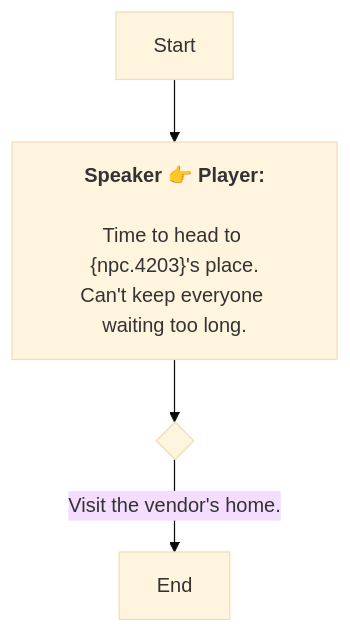
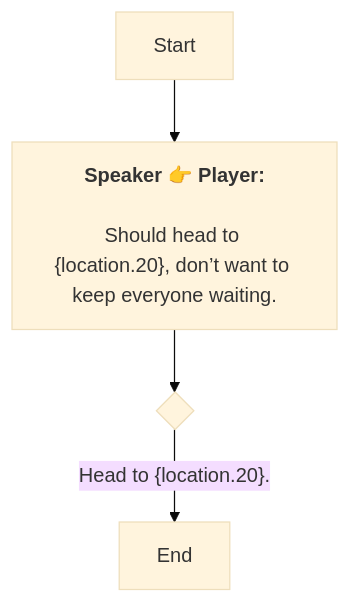
The diagram in En/QuestStartTalkENode_1741807069284794.md (SoftHu/tos_avg), drawn with Mermaid (base theme) before and after one commit. The commit also changed 199 other files, not shown here.

````diff
--- a/En/QuestStartTalkENode_1741807069284794.md
+++ b/En/QuestStartTalkENode_1741807069284794.md
@@ -1,10 +1,9 @@
 ```mermaid
 graph
 Start -->1741807087283645[<b>Speaker 👉 Player:</b>
 
-Time to head to &lbrace;npc.4203&rbrace;'s place.
-Can't keep everyone waiting too long.]
+Should head to &lbrace;location.20&rbrace;, don’t want to keep everyone waiting.]
 1741807087283645 -->1741807109361086{ }
-1741807109361086 -->|Visit the vendor's home.|1741807120502209[End]
+1741807109361086 -->|Head to &lbrace;location.20&rbrace;.|1741807120502209[End]
 
  ```
````
